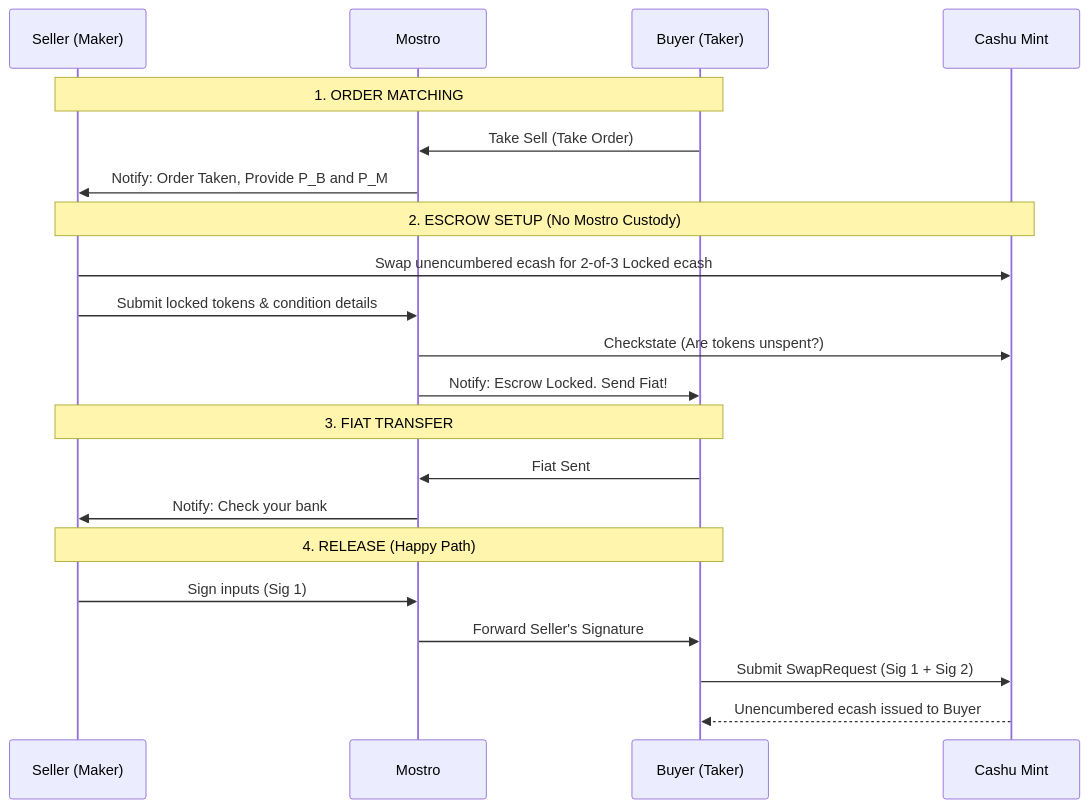
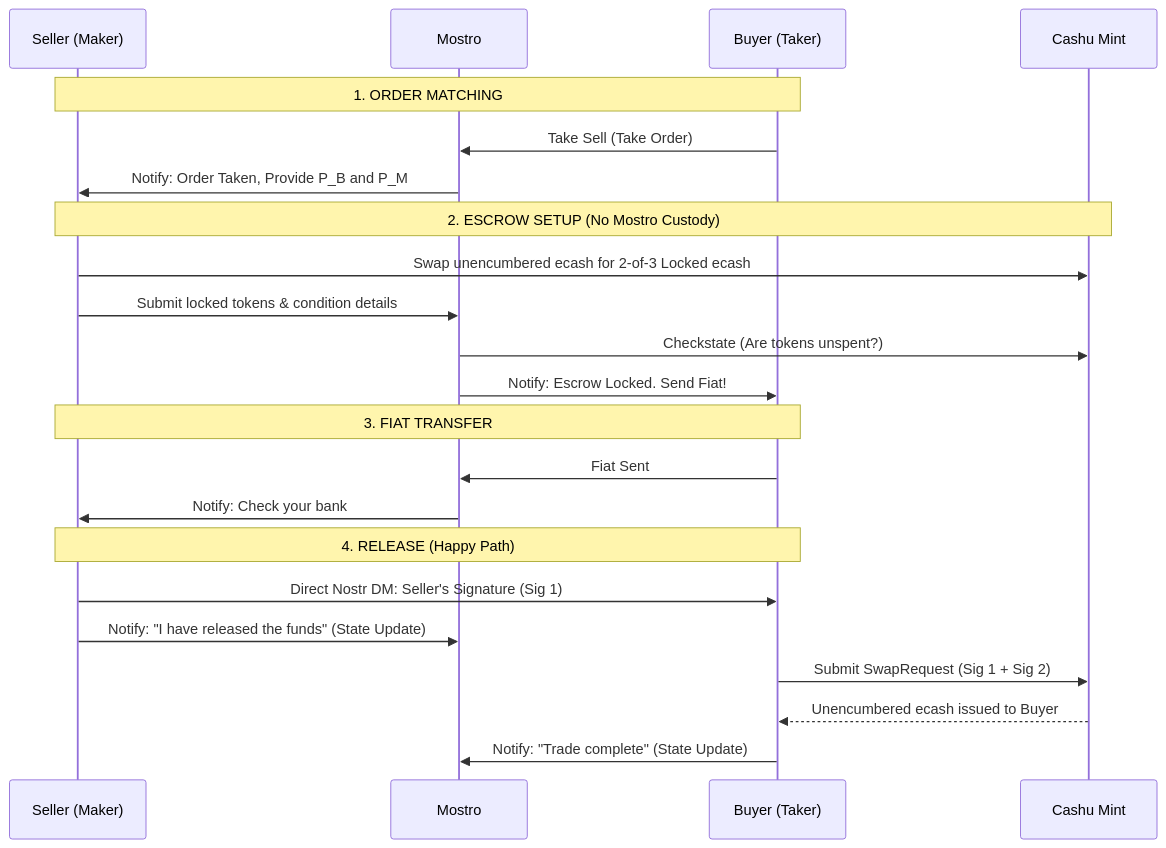
The second of 2 diagrams in docs/CASHU_ESCROW_ARCHITECTURE.md (MostroP2P/mostro), drawn with Mermaid before and after one commit. The commit also changed other lines of this file, not shown here.

Commit message:
docs: update happy path to show direct P2P signature exchange

````diff
--- a/docs/CASHU_ESCROW_ARCHITECTURE.md
+++ b/docs/CASHU_ESCROW_ARCHITECTURE.md
@@ -36,27 +36,28 @@
 ```mermaid
 sequenceDiagram
     participant S as Seller (Maker)
     participant M as Mostro
     participant B as Buyer (Taker)
     participant Mint as Cashu Mint
 
     Note over S,B: 1. ORDER MATCHING
     B->>M: Take Sell (Take Order)
     M->>S: Notify: Order Taken, Provide P_B and P_M
 
     Note over S,Mint: 2. ESCROW SETUP (No Mostro Custody)
     S->>Mint: Swap unencumbered ecash for 2-of-3 Locked ecash
     S->>M: Submit locked tokens & condition details
     M->>Mint: Checkstate (Are tokens unspent?)
     M->>B: Notify: Escrow Locked. Send Fiat!
 
     Note over B,S: 3. FIAT TRANSFER
     B->>M: Fiat Sent
     M->>S: Notify: Check your bank
 
     Note over S,B: 4. RELEASE (Happy Path)
-    S->>M: Sign inputs (Sig 1)
-    M->>B: Forward Seller's Signature
+    S->>B: Direct Nostr DM: Seller's Signature (Sig 1)
+    S->>M: Notify: "I have released the funds" (State Update)
     B->>Mint: Submit SwapRequest (Sig 1 + Sig 2)
     Mint-->>B: Unencumbered ecash issued to Buyer
+    B->>M: Notify: "Trade complete" (State Update)
 ```
````
